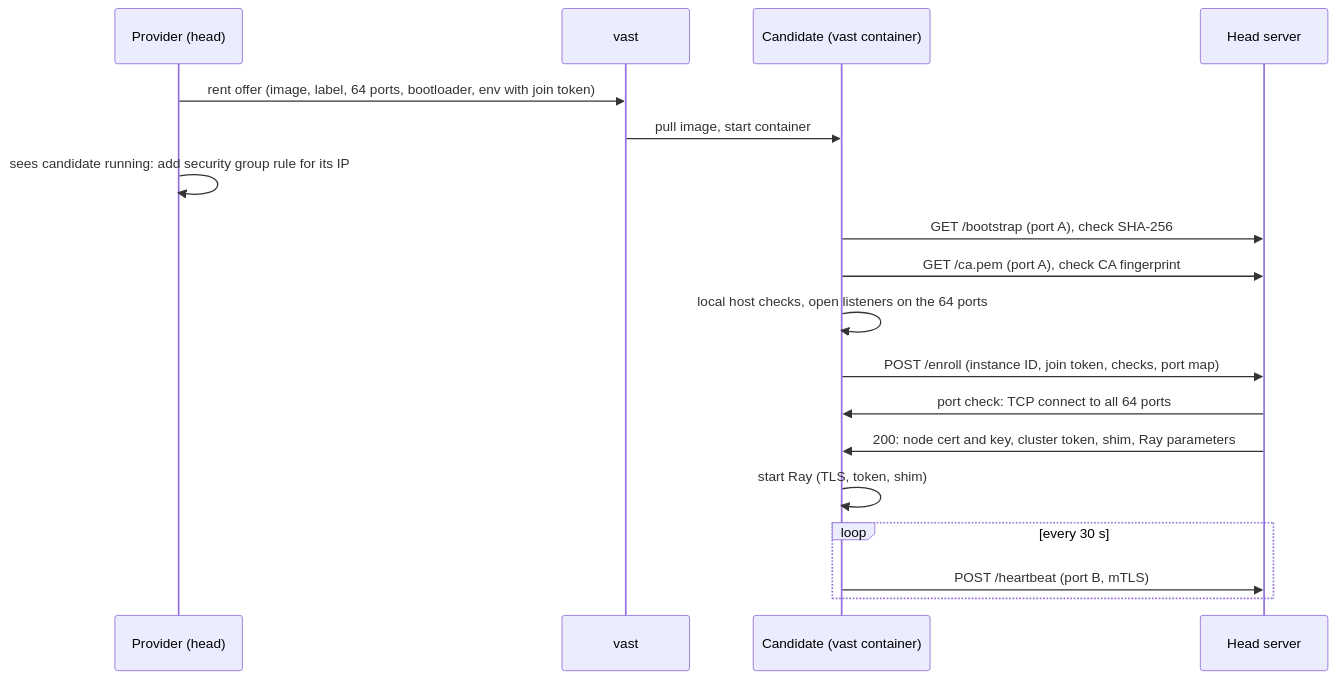
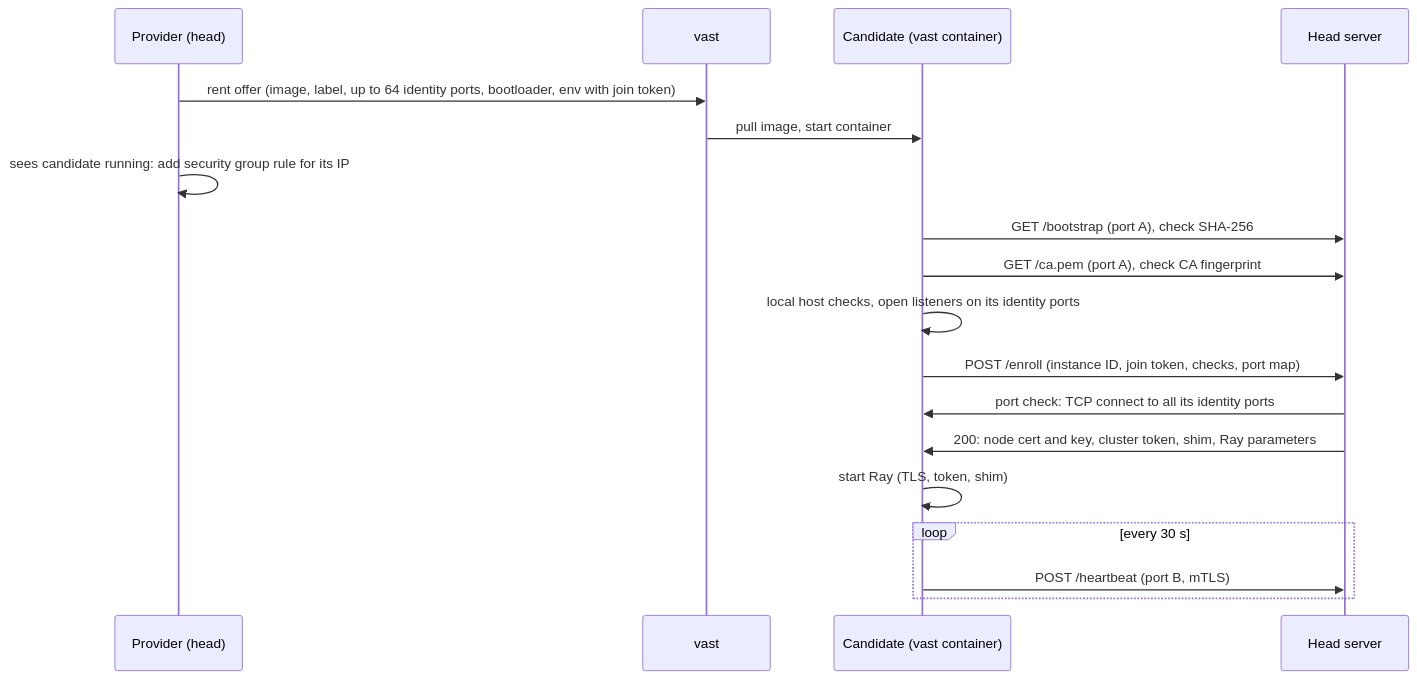
One commit to duc-ph/ray-vast changed the diagram in ray-vast-pypi/docs/explanation/enrollment.md. Above: the diagram before and after it, drawn with Mermaid. The commit also changed other lines of this file and 37 other files, not shown here.

First line of the commit message:
Offer query: verified and datacenter are recommended, not forced; cores >= max(CPU, 4); identity ports per offer

````diff
--- a/ray-vast-pypi/docs/explanation/enrollment.md
+++ b/ray-vast-pypi/docs/explanation/enrollment.md
@@ -16,20 +16,20 @@
 ```mermaid
 sequenceDiagram
   participant P as Provider (head)
   participant V as vast
   participant W as Candidate (vast container)
   participant H as Head server
-  P->>V: rent offer (image, label, 64 ports, bootloader, env with join token)
+  P->>V: rent offer (image, label, up to 64 identity ports, bootloader, env with join token)
   V->>W: pull image, start container
   P->>P: sees candidate running: add security group rule for its IP
   W->>H: GET /bootstrap (port A), check SHA-256
   W->>H: GET /ca.pem (port A), check CA fingerprint
-  W->>W: local host checks, open listeners on the 64 ports
+  W->>W: local host checks, open listeners on its identity ports
   W->>H: POST /enroll (instance ID, join token, checks, port map)
-  H->>W: port check: TCP connect to all 64 ports
+  H->>W: port check: TCP connect to all its identity ports
   H->>W: 200: node cert and key, cluster token, shim, Ray parameters
   W->>W: start Ray (TLS, token, shim)
   loop every 30 s
     W->>H: POST /heartbeat (port B, mTLS)
   end
 ```
````
